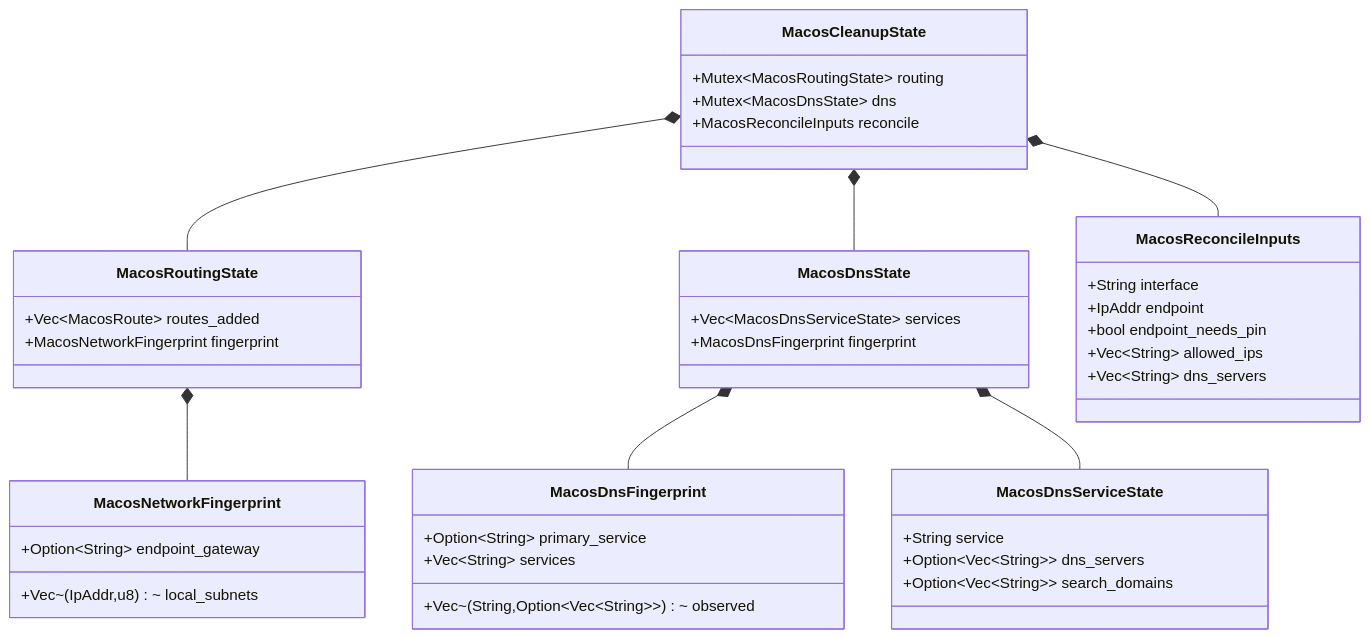
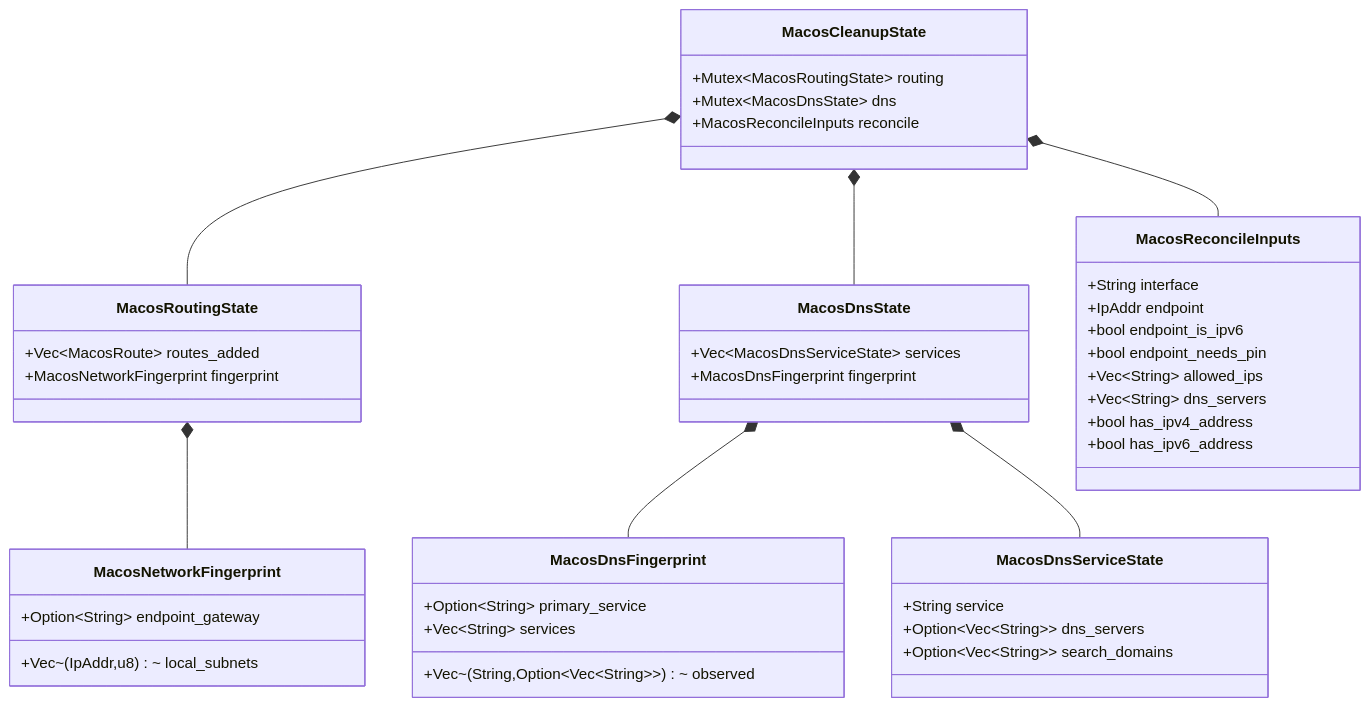
Before and after one commit to pansen/macos-wireguard-daemon: the ninth of 11 diagrams in doc/architecture.md, drawn with Mermaid. The commit also changed other lines of this file and 1 other file, not shown here.

````diff
--- a/doc/architecture.md
+++ b/doc/architecture.md
@@ -396,44 +479,47 @@
 ```mermaid
 classDiagram
     class MacosCleanupState {
         +Mutex~MacosRoutingState~ routing
         +Mutex~MacosDnsState~ dns
         +MacosReconcileInputs reconcile
     }
     class MacosRoutingState {
         +Vec~MacosRoute~ routes_added
         +MacosNetworkFingerprint fingerprint
     }
     class MacosDnsState {
         +Vec~MacosDnsServiceState~ services
         +MacosDnsFingerprint fingerprint
     }
     class MacosReconcileInputs {
         +String interface
         +IpAddr endpoint
+        +bool endpoint_is_ipv6
         +bool endpoint_needs_pin
         +Vec~String~ allowed_ips
         +Vec~String~ dns_servers
+        +bool has_ipv4_address
+        +bool has_ipv6_address
     }
     class MacosNetworkFingerprint {
         +Vec~(IpAddr,u8)~ local_subnets
         +Option~String~ endpoint_gateway
     }
     class MacosDnsFingerprint {
         +Option~String~ primary_service
         +Vec~String~ services
         +Vec~(String,Option~Vec~String~~)~ observed
     }
     class MacosDnsServiceState {
         +String service
         +Option~Vec~String~~ dns_servers
         +Option~Vec~String~~ search_domains
     }
 
     MacosCleanupState *-- MacosRoutingState
     MacosCleanupState *-- MacosDnsState
     MacosCleanupState *-- MacosReconcileInputs
     MacosRoutingState *-- MacosNetworkFingerprint
     MacosDnsState *-- MacosDnsFingerprint
     MacosDnsState *-- MacosDnsServiceState
 ```
````
